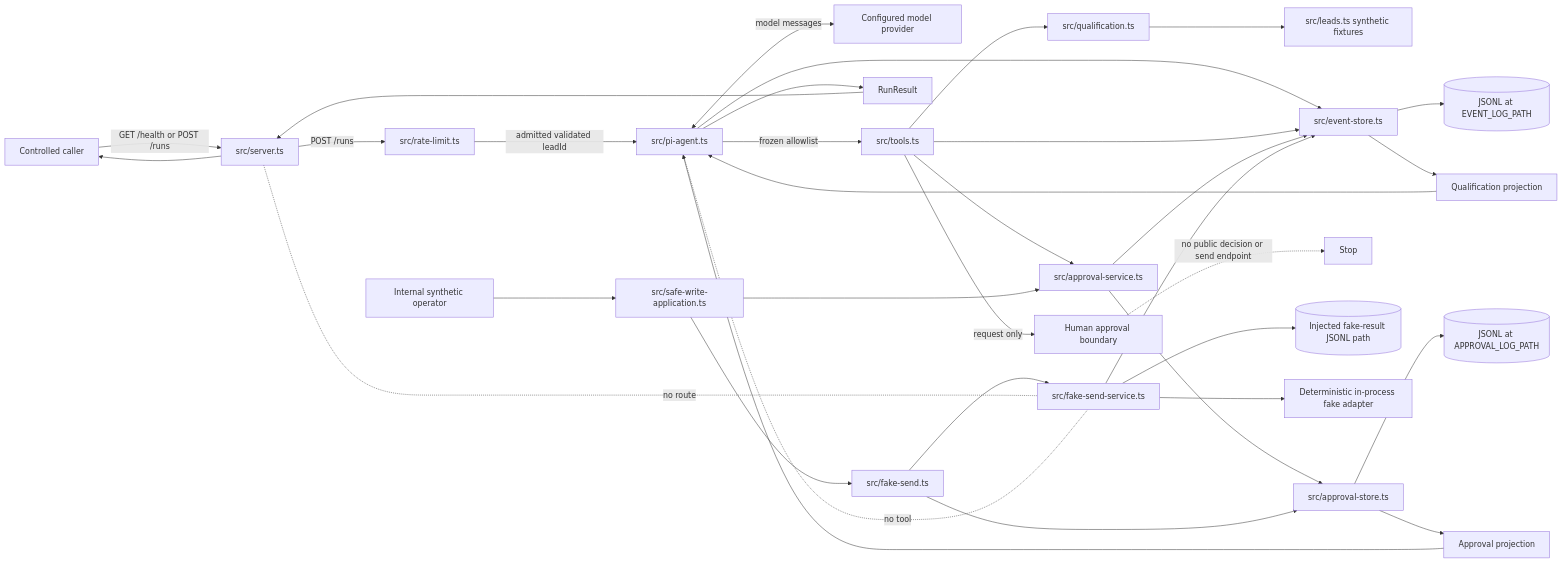
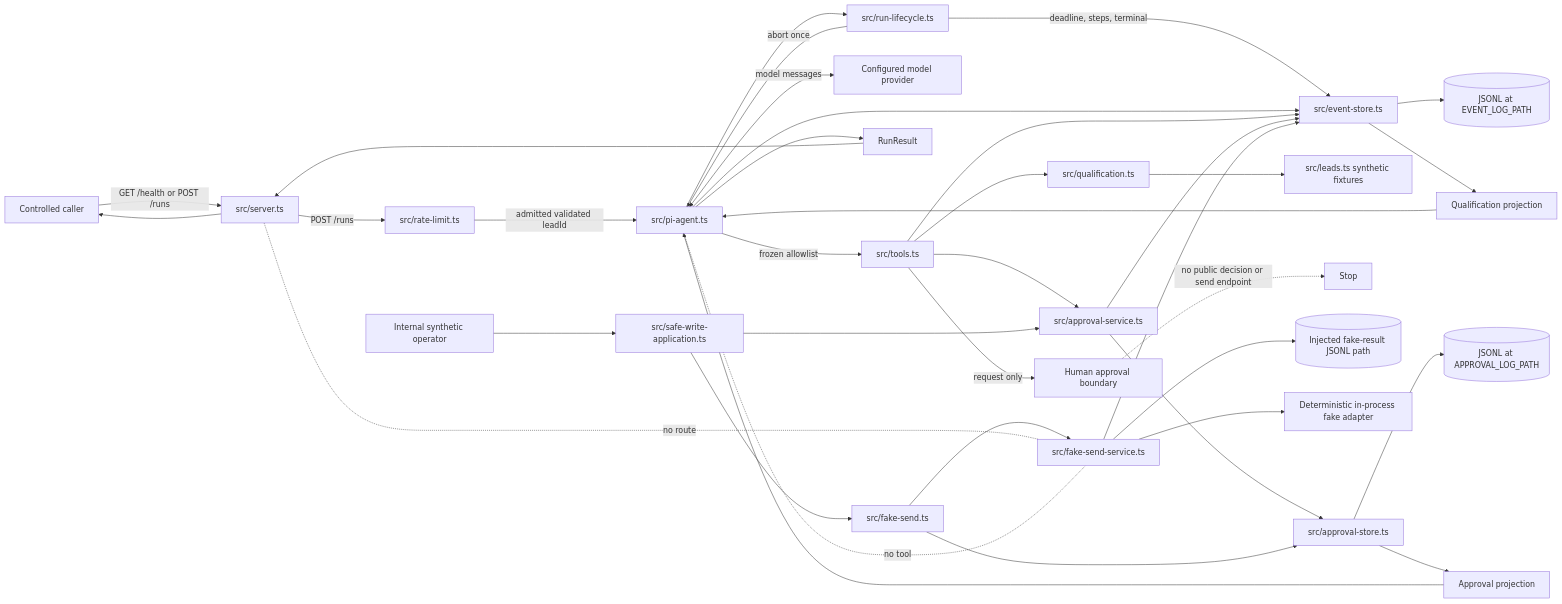
Before and after one commit to moshehbenavraham/production-agent-workshop: the diagram in docs/ARCHITECTURE.md, drawn with Mermaid. The commit also changed other lines of this file and 32 other files, not shown here.

First line of the commit message:
Complete phase02-session03-bounded-run-lifecycle: bound run execution

````diff
--- a/docs/ARCHITECTURE.md
+++ b/docs/ARCHITECTURE.md
@@ -14,36 +14,39 @@
 ```mermaid
 flowchart LR
     Caller[Controlled caller] -->|GET /health or POST /runs| Server[src/server.ts]
     Server -->|POST /runs| RateGate[src/rate-limit.ts]
     RateGate -->|admitted validated leadId| Agent[src/pi-agent.ts]
+    Agent --> Lifecycle[src/run-lifecycle.ts]
+    Lifecycle -->|deadline, steps, terminal| Events
+    Lifecycle -->|abort once| Agent
     Agent <-->|model messages| Provider[Configured model provider]
     Agent -->|frozen allowlist| Tools[src/tools.ts]
     Tools --> Qualify[src/qualification.ts]
     Qualify --> Leads[src/leads.ts synthetic fixtures]
     Agent --> Events[src/event-store.ts]
     Tools --> Events
     Events --> EventLog[(JSONL at EVENT_LOG_PATH)]
     Tools --> ApprovalService[src/approval-service.ts]
     Internal[Internal synthetic operator] --> SafeWrite[src/safe-write-application.ts]
     SafeWrite --> ApprovalService
     ApprovalService --> ApprovalStore[src/approval-store.ts]
     ApprovalService --> Events
     ApprovalStore --> ApprovalLog[(JSONL at APPROVAL_LOG_PATH)]
     Events --> QualificationProjection[Qualification projection]
     ApprovalStore --> ApprovalProjection[Approval projection]
     QualificationProjection --> Agent
     ApprovalProjection --> Agent
     Agent --> Result[RunResult]
     Result --> Server
     Server --> Caller
     Tools -->|request only| Human[Human approval boundary]
     Human -. no public decision or send endpoint .-> Stop[Stop]
     SafeWrite --> FakeAuth[src/fake-send.ts]
     FakeAuth --> ApprovalStore
     FakeAuth --> FakeService[src/fake-send-service.ts]
     FakeService --> FakeStore[(Injected fake-result JSONL path)]
     FakeService --> FakeAdapter[Deterministic in-process fake adapter]
     FakeService --> Events
     Server -. no route .- FakeService
     Agent -. no tool .- FakeService
 ```
````
